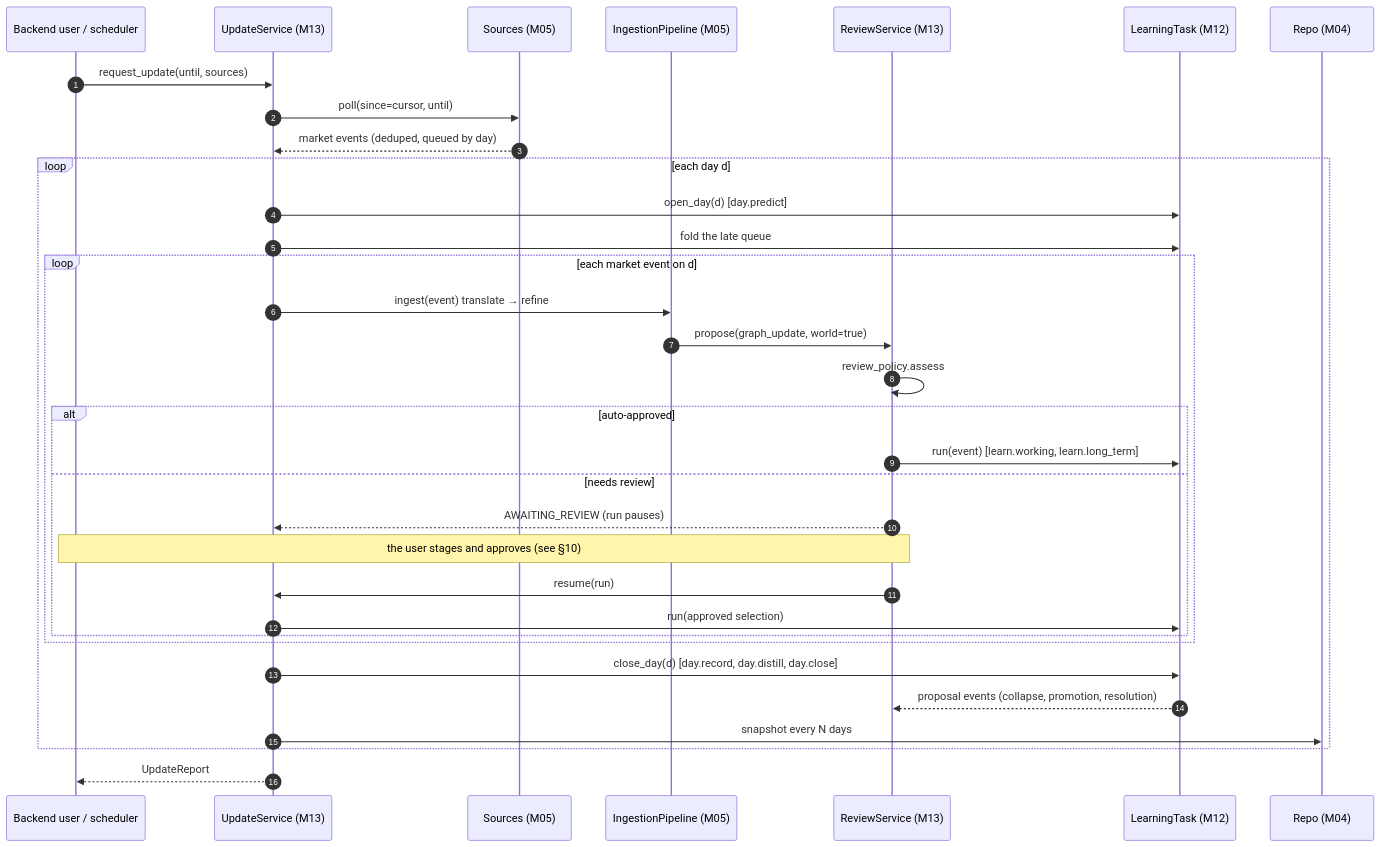
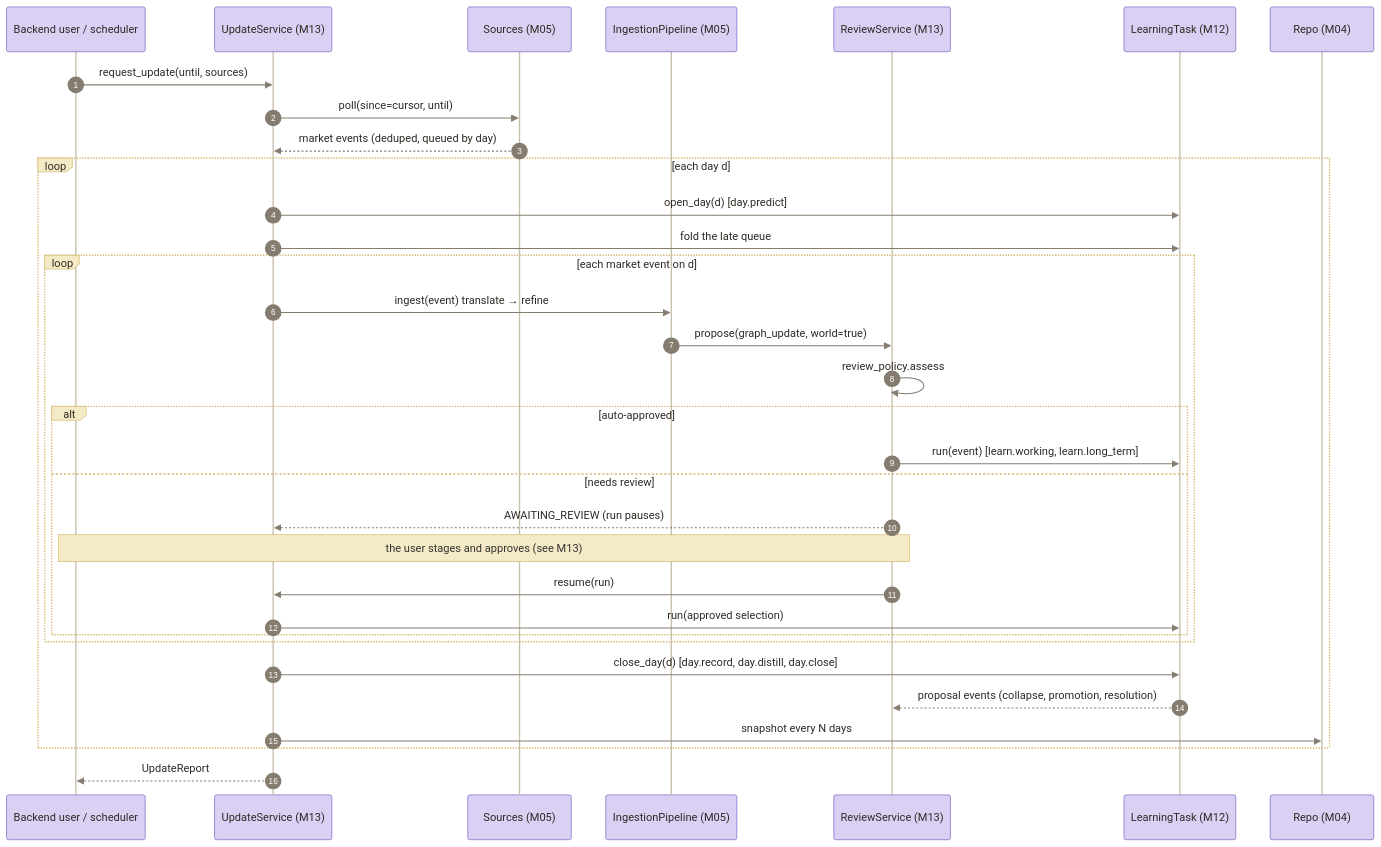
The fifth of 7 diagrams in docs/design/architecture.md (Axelrod-AI-Engineering/world-model), drawn with Mermaid before and after one commit. The commit also changed other lines of this file and 17 other files, not shown here.

First line of the commit message:
Diagrams in the app's flowchart style, with the happy path in purple; leaner design docs

````diff
--- a/docs/design/architecture.md
+++ b/docs/design/architecture.md
@@ -155,36 +189,39 @@
 ```mermaid
+%% style: begin (scripts/docs/style_mermaid.py)
+%%{init: {"theme": "base", "themeVariables": {"fontSize": "14px", "primaryColor": "#FFFDF8", "primaryBorderColor": "#C9BFAF", "primaryTextColor": "#2F2A25", "lineColor": "#857C70", "textColor": "#2F2A25", "actorBkg": "#DAD0F4", "actorBorder": "#7C64C4", "actorLineColor": "#C9BFAF", "signalColor": "#857C70", "labelBoxBkgColor": "#F5EAC6", "labelBoxBorderColor": "#D2BB72", "noteBkgColor": "#F5EAC6", "noteBorderColor": "#D2BB72", "activationBkgColor": "#E1ECDF", "sequenceNumberColor": "#FFFDF8"}}}%%
+%% style: end
 sequenceDiagram
   autonumber
   participant U as Backend user / scheduler
   participant US as UpdateService (M13)
   participant SRC as Sources (M05)
   participant IP as IngestionPipeline (M05)
   participant RS as ReviewService (M13)
   participant LT as LearningTask (M12)
   participant R as Repo (M04)
 
   U->>US: request_update(until, sources)
   US->>SRC: poll(since=cursor, until)
   SRC-->>US: market events (deduped, queued by day)
   loop each day d
     US->>LT: open_day(d)  [day.predict]
     US->>LT: fold the late queue
     loop each market event on d
       US->>IP: ingest(event)  translate → refine
       IP->>RS: propose(graph_update, world=true)
       RS->>RS: review_policy.assess
       alt auto-approved
         RS->>LT: run(event)  [learn.working, learn.long_term]
       else needs review
         RS-->>US: AWAITING_REVIEW (run pauses)
-        Note over U,RS: the user stages and approves (see §10)
+        Note over U,RS: the user stages and approves (see M13)
         RS->>US: resume(run)
         US->>LT: run(approved selection)
       end
     end
     US->>LT: close_day(d)  [day.record, day.distill, day.close]
     LT-->>RS: proposal events (collapse, promotion, resolution)
     US->>R: snapshot every N days
   end
   US-->>U: UpdateReport
 ```
````
